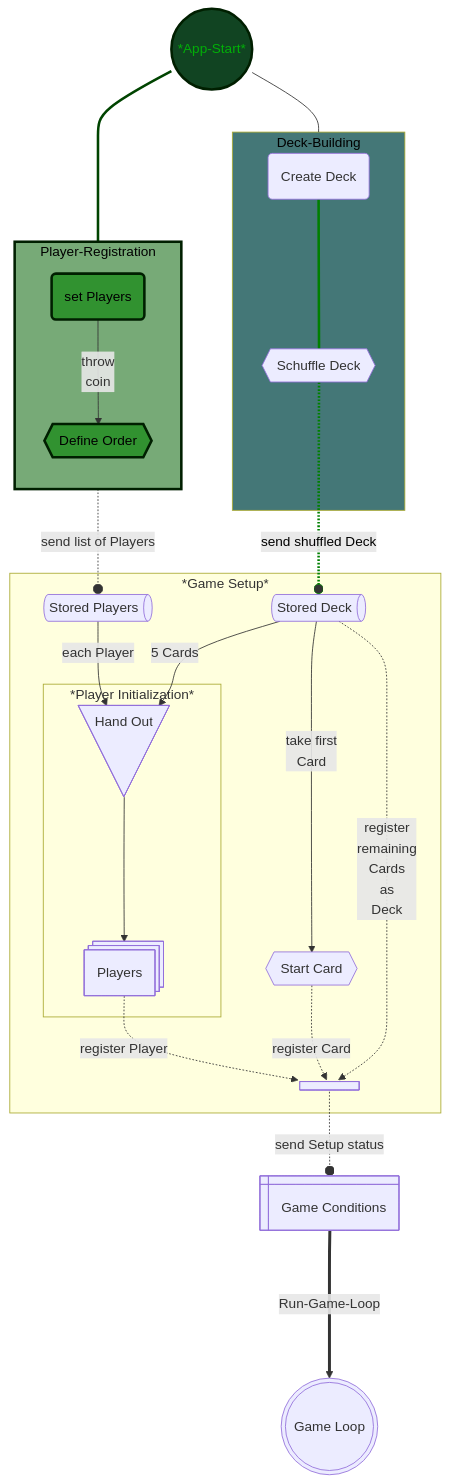
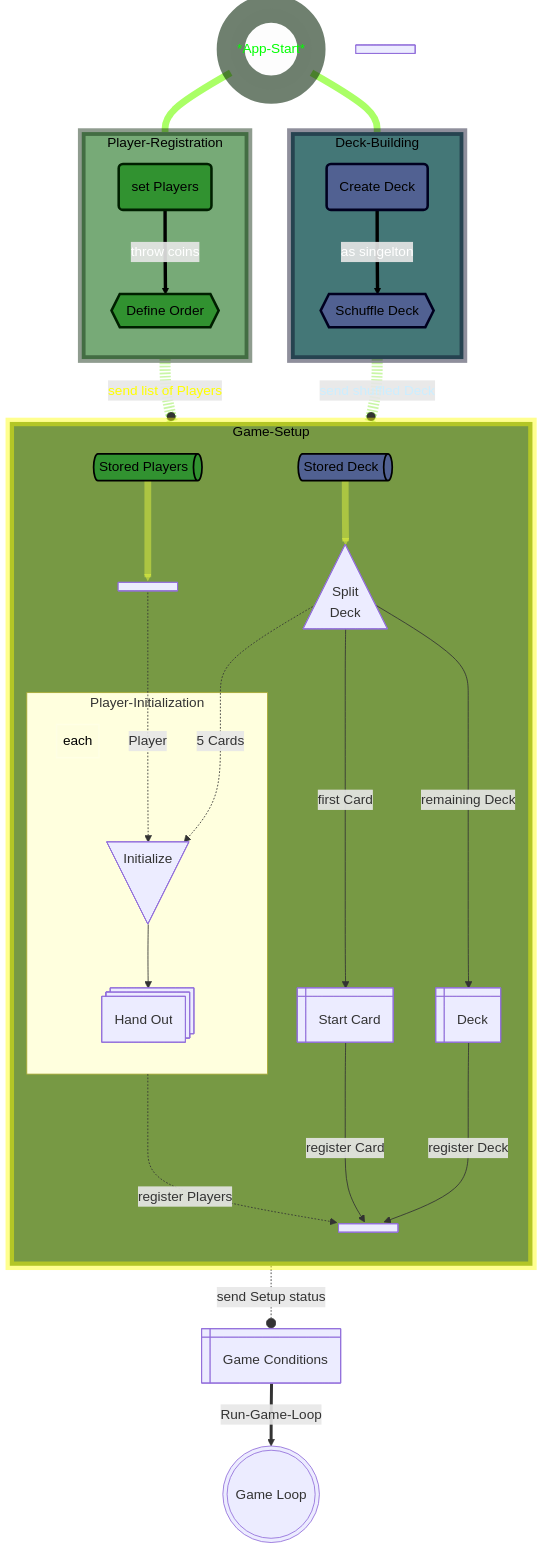
The diagram in README.md (IxI-Enki/PoseUebung-016), drawn with Mermaid before and after one commit.

Commit message:
update mermaid

````diff
--- a/README.md
+++ b/README.md
@@ -11,71 +11,99 @@
 
   %% NODES:
     fxStrtCndtns[ Game Conditions     ]@{ shape: win-pane }
-    dfPlyrOrdr[   Define Order      ]@{ shape: hex      }
+    dfPlyrOrdr[   Define Order        ]@{ shape: hex      }
     bgnGame[      Game Loop           ]@{ shape: dbl-circ }
-    hndPlyr[      Hand Out            ]@{ shape: flip-tri }
+    hndPlyr[      Hand Out            ]@{ shape: st-rect  }
     dfPlyr[       set Players         ]@{ shape: rounded  }
     fxPlyr[       Stored Players      ]@{ shape: h-cyl    }
     crDck[        Create Deck         ]@{ shape: rounded  }
     shDck[        Schuffle Deck       ]@{ shape: hex      }
-    rvCrd[        Start Card          ]@{ shape: hex      }
+    rvCrd[        Start Card          ]@{ shape: win-pane }
     fxDck[        Stored Deck         ]@{ shape: h-cyl    }
     strt[         *App-Start*         ]@{ shape: circle   }
     init[         i                   ]@{ shape: fork     }
-    p[            Players             ]@{ shape: st-rect  }
+    p[            Player              ]@{ shape: fork     }
+    e[            Initialize          ]@{ shape: flip-tri }
+    ip[           i                   ]@{ shape: fork     }
+                                     id@{ shape: tri, label: "Split\n Deck" }
+    d[            Deck                ]@{ shape: win-pane }
+    
+  %% CLASS STYLES:
+    style strt color:#0f0f, fill:#f1f4f230, stroke:#001f0090, stroke-width:33px;
+  
+    style dfPlyr color:#000, fill:#319230, stroke:#001f00, stroke-width:3px;
+    style crDck  color:#000, fill:#516192, stroke:#00001f, stroke-width:3px;
+    
+    style dfPlyrOrdr color:#000, fill:#319230, stroke:#001f00, stroke-width:3px;
+    style shDck      color:#000, fill:#516192, stroke:#00001f, stroke-width:3px;
+    
+    style fxPlyr color:#000, fill:#319230, stroke:#000, stroke-width:2px;
+    style fxDck  color:#000, fill:#516192, stroke:#000, stroke-width:2px;
+    
+    style Player-Registration color:#000, fill:#7a7, stroke:#001f0070, stroke-width:9px;
+    style Deck-Building       color:#000, fill:#477, stroke:#00001f70, stroke-width:9px;
+    style Game-Setup          color:#000, fill:#794, stroke:#ffff0170, stroke-width:10px;
+  
 
-  %% CLASS STYLES:
-    style dfPlyr color:#000, fill:#319230,stroke:#001f00,stroke-width:3px;
-    style dfPlyrOrdr color:#000, fill:#319230,stroke:#001f00,stroke-width:3px;
-    style strt color:#02af08, fill:#142,stroke:#001f00,stroke-width:3px;
-    style Player-Registration color:#000, fill:#7a7,stroke:#001f00,stroke-width:3px;
-    style Deck-Building color:#000, fill:#477;
-
-  %% BUILDING:
+  %%_BUILDING: ________________________________________________________________
     strt --- Deck-Building
     strt --- Player-Registration 
+      linkStyle 0,1 color:#000, stroke:#af6, stroke-width:8px;
 
+    %%___PLAYERS: _____________________
     subgraph Player-Registration
       direction TB
-      dfPlyr --> | throw 
-                   coin  | dfPlyrOrdr 
+      dfPlyr --> | throw coins | dfPlyrOrdr 
+        linkStyle 2 color:#fff, stroke:#000, stroke-width:4px;
     end
+    Player-Registration -.-o | send list of Players | Game-Setup
+      linkStyle 3 color:#ffff00, stroke:#a0f06090, stroke-width:13px;
 
+    %%___DECK: ________________________
+    subgraph Deck-Building
+      direction TB
+      crDck --> | as singelton | shDck
+        linkStyle 4 color:#fff, stroke:#000, stroke-width:4px;
+    end
+    Deck-Building -.-o | send shuffled Deck   | Game-Setup
+      linkStyle 5 color:#cef, stroke:#a0f06090, stroke-width:13px;
+   
+  %%_GAME-SETUP: ______________________________________________________________
+    subgraph Game-Setup
+      direction TB 
 
-    subgraph Deck-Building
-      crDck --- shDck
-    end
- 
+    %% PLAYER INIT:
+      fxPlyr --> ip
+      fxDck  --> id
+        linkStyle 6,7 stroke:#e0f0407f, stroke-width:8px;
 
-    Player-Registration -.-o | send list of Players | fxPlyr
-   
-  %% GAME SETUP:
-    subgraph *Game Setup* 
-      shDck      -.-o | send shuffled Deck   | fxDck
-      fxPlyr     -->  | each Player          | hndPlyr
-      fxDck      -->  | take first
-                        Card                 | rvCrd
-    %% PLAYER INIT:
-        subgraph *Player Initialization*
-          hndPlyr --> p
+      ip -..-> | Player  | e
+      id -..-> | 5 Cards | e 
+      %%  linkStyle 6,7 stroke:#e0f0407f, stroke-width:8px;
+
+        subgraph Player-Initialization
+          note[ each ]@{shape: text} ~~~ e
+            style note color:#000, fill:#d7d9d409, stroke:#ffffff30, stroke-width:2px;
+        
+          e --> hndPlyr
+          %%  linkStyle 6,7 stroke:#e0f0407f, stroke-width:8px;
         end
 
-      fxDck -->  | 5 Cards         | hndPlyr 
-      p     -.-> | register Player | init
-      rvCrd -.-> | register Card   | init
-      fxDck -.-> | register
-                   remaining
-                   Cards
-                   as 
-                   Deck            | init
+      Player-Initialization -..-> | register Players | init
+      %%  linkStyle 6,7 stroke:#e0f0407f, stroke-width:8px;
+      
+      id    ---> | first Card     | rvCrd
+      rvCrd ---> | register Card  | init
+      id    ---> | remaining Deck | d
+      d     ---> | register Deck  | init
+      %%  linkStyle 6,7 stroke:#e0f0407f, stroke-width:8px;
+      
     end
-    init         -.-o  | send Setup status | fxStrtCndtns 
+    Game-Setup -.-o  | send Setup status | fxStrtCndtns 
+    %%  linkStyle 6,7 stroke:#e0f0407f, stroke-width:8px;
 
   %% GAME-LOOP: 
-    fxStrtCndtns ====> | Run-Game-Loop     | bgnGame
+    fxStrtCndtns ==> | Run-Game-Loop     | bgnGame
+    %%  linkStyle 6,7 stroke:#e0f0407f, stroke-width:8px;
 
-
-    %% link-styles:
-      linkStyle 1 color:#000, stroke:#040, stroke-width:3px;
-      linkStyle 3,5 color:#000, stroke:#007f00, stroke-width:3px;
 ```
````
